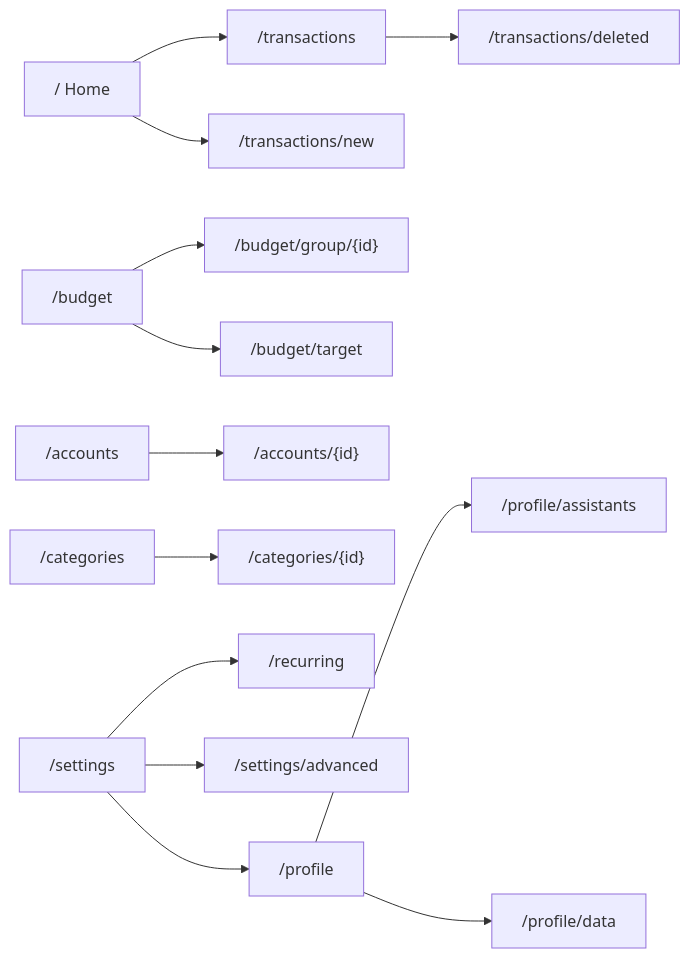
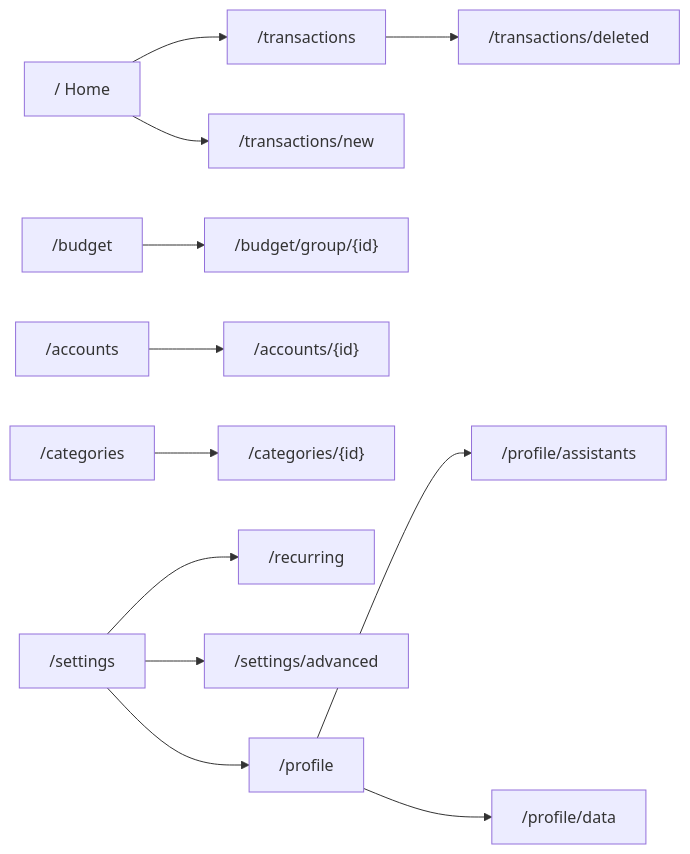
The diagram in docs/architecture/web-ui.md (bijeshmohan/finode), drawn with Mermaid before and after one commit. The commit also changed other lines of this file and 47 other files, not shown here.

````diff
--- a/docs/architecture/web-ui.md
+++ b/docs/architecture/web-ui.md
@@ -21,15 +21,14 @@
 ```mermaid
 flowchart LR
     Home["/ Home"] --> Tx["/transactions"]
     Home --> New["/transactions/new"]
     Budget["/budget"] --> Grp["/budget/group/{id}"]
-    Budget --> Tgt["/budget/target"]
     Accounts["/accounts"] --> Acc["/accounts/{id}"]
     Cats["/categories"] --> Cat["/categories/{id}"]
     Settings["/settings"] --> Rec["/recurring"]
     Settings --> Adv["/settings/advanced"]
     Settings --> Prof["/profile"]
     Prof --> Ass["/profile/assistants"]
     Prof --> Dat["/profile/data"]
     Tx --> Del["/transactions/deleted"]
 ```
````
